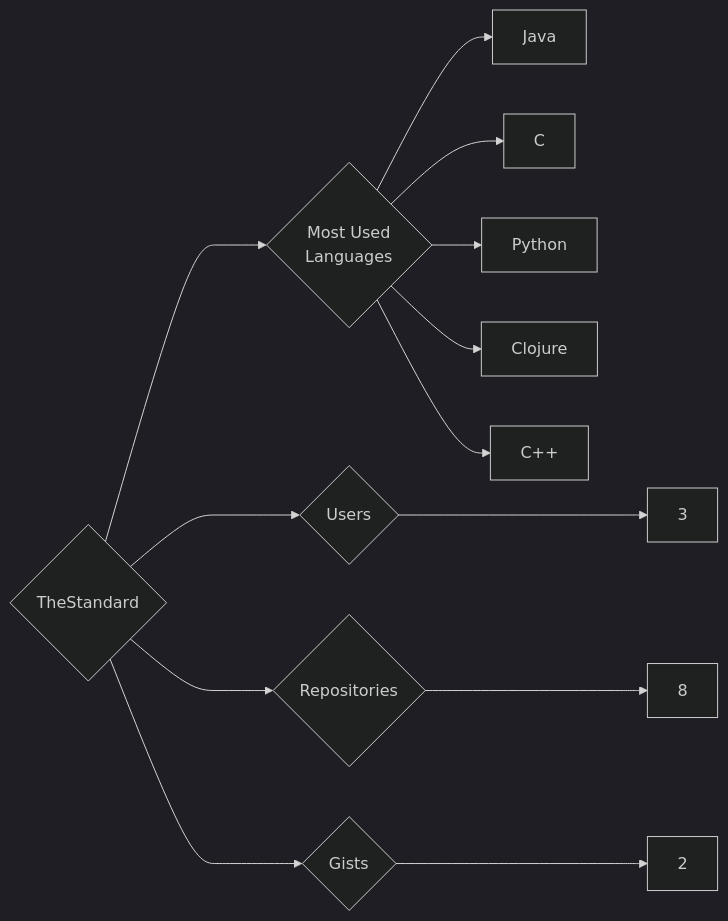
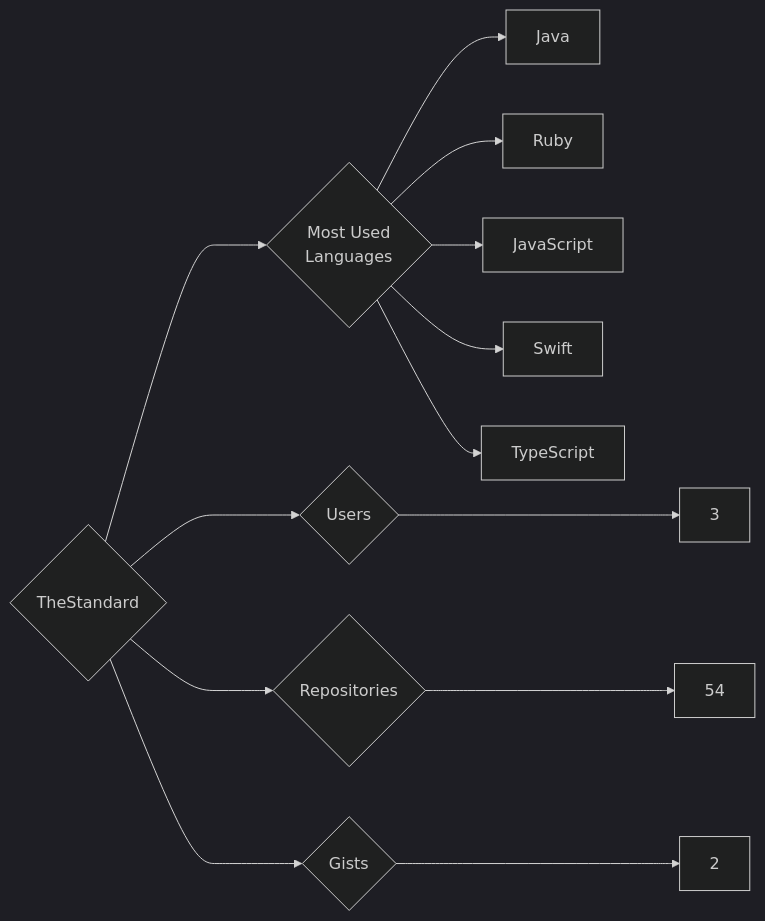
Before and after one commit to trickest/insiders: the diagram in targets/TheStandard/README.md, drawn with Mermaid (dark theme). The commit also changed 715 other files, not shown here.

````diff
--- a/targets/TheStandard/README.md
+++ b/targets/TheStandard/README.md
@@ -3,13 +3,13 @@
 ```mermaid
 graph LR
 COMPANY_NAME{TheStandard}
 COMPANY_NAME ---> U{Users} ---> UN[3]
-COMPANY_NAME ---> R{Repositories} ---> RN[8]
+COMPANY_NAME ---> R{Repositories} ---> RN[54]
 COMPANY_NAME ---> G{Gists} ---> GN[2]
 COMPANY_NAME ---> ML{Most Used<br>Languages}
 ML --> Java[Java]
-ML --> C[C]
-ML --> Python[Python]
-ML --> Clojure[Clojure]
-ML --> C++[C++]
+ML --> Ruby[Ruby]
+ML --> JavaScript[JavaScript]
+ML --> Swift[Swift]
+ML --> TypeScript[TypeScript]
 ```
````
